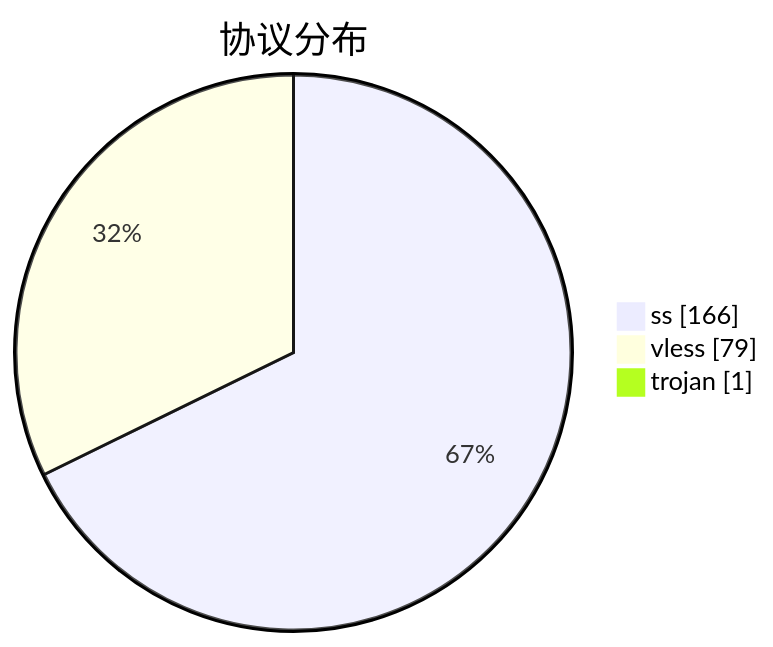
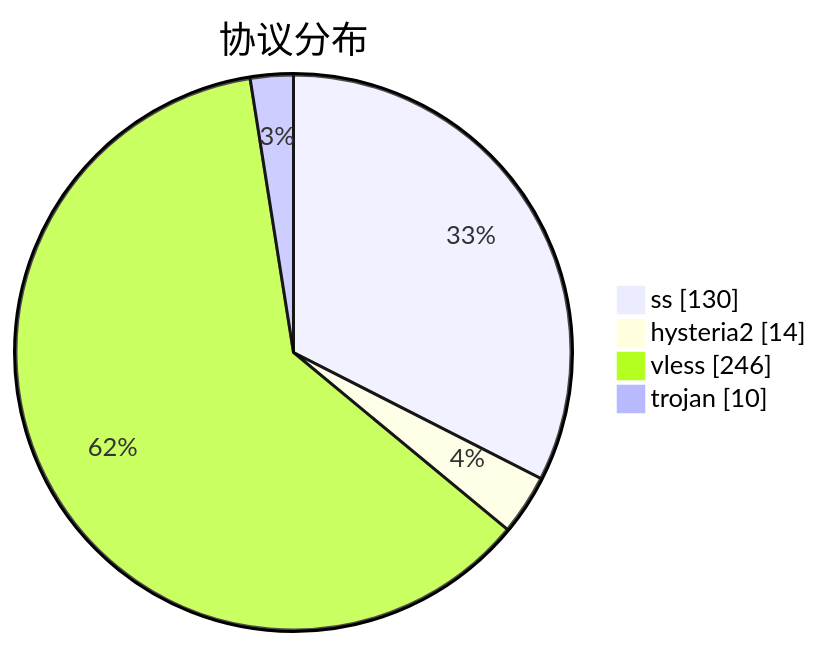
Before and after one commit to qjlxg/airport: the third of 3 diagrams in subs/statistics/tested_within.md, drawn with Mermaid. The commit also changed other lines of this file and 2 other files, not shown here.

````diff
--- a/subs/statistics/tested_within.md
+++ b/subs/statistics/tested_within.md
@@ -17,7 +19,8 @@
 ```mermaid
 pie showData
 title 协议分布
-"ss" : 166
-"vless" : 79
-"trojan" : 1
+"ss" : 130
+"hysteria2" : 14
+"vless" : 246
+"trojan" : 10
 ```
````
